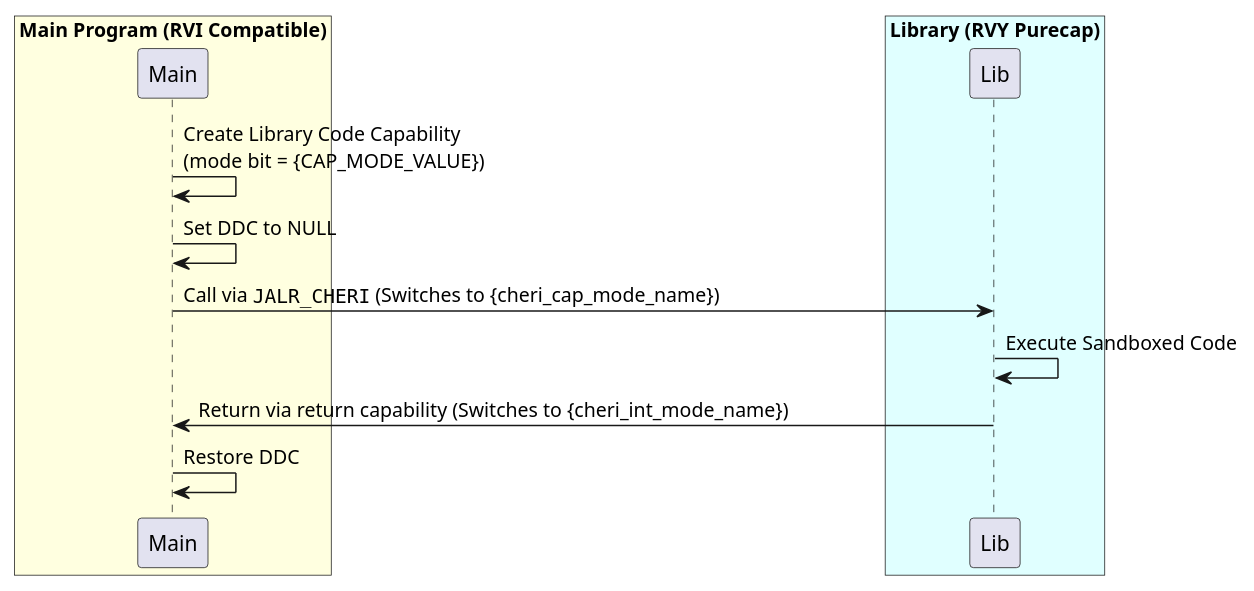
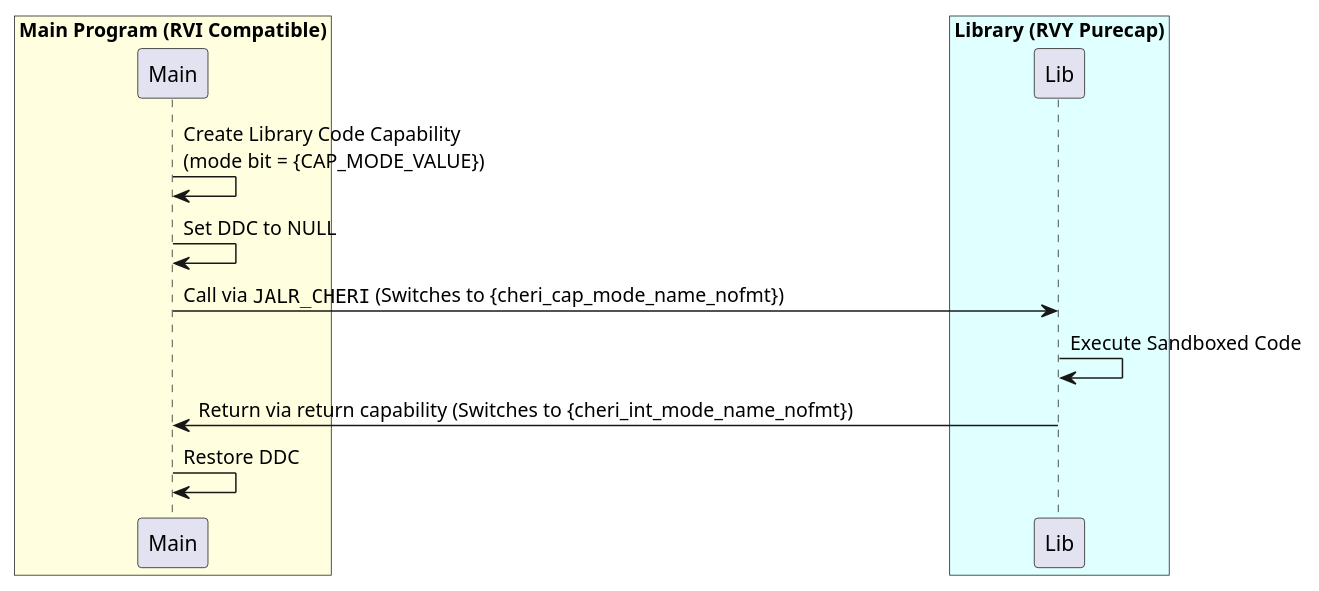
One commit to vmurali/riscv-cheri changed the second of 4 diagrams in src/cheri/app-hybrid-usage.adoc. Above: the diagram before and after it, drawn with PlantUML. The commit also changed other lines of this file and 2 other files, not shown here.

First line of the commit message:
FIX: Avoid accidental HTML <em> tags in PlantUML diagrams. (#1023)

```diff
--- a/src/cheri/app-hybrid-usage.adoc
+++ b/src/cheri/app-hybrid-usage.adoc
@@ -90,20 +90,20 @@
 [plantuml, target="lib-sandbox-transition", format="svg",subs=attributes+]
 ....
 @startuml
 box "Main Program (RVI Compatible)" #LightYellow
 participant "Main" as M
 end box
 
 box "Library (RVY Purecap)" #LightCyan
 participant "Lib" as L
 end box
 
 M -> M: Create Library Code Capability\n(mode bit = {CAP_MODE_VALUE})
 M -> M: Set DDC to NULL
-M -> L: Call via ""JALR_CHERI"" (Switches to {cheri_cap_mode_name})
+M -> L: Call via ""JALR_CHERI"" (Switches to {cheri_cap_mode_name_nofmt})
 L -> L: Execute Sandboxed Code
-L -> M: Return via return capability (Switches to {cheri_int_mode_name})
+L -> M: Return via return capability (Switches to {cheri_int_mode_name_nofmt})
 M -> M: Restore DDC
 
 @enduml
 ....
```
